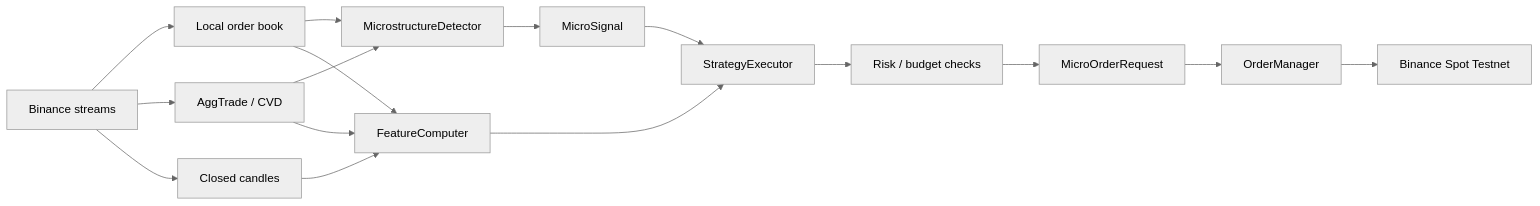
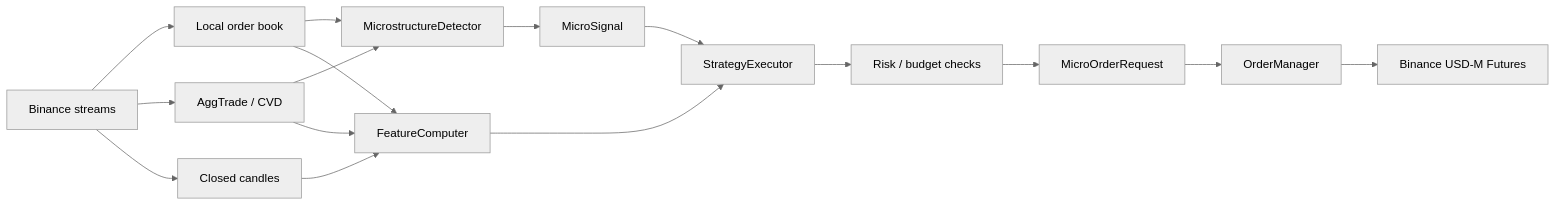
The second of 3 diagrams in documentation/strategy.md (changjulian17/QF635_project), drawn with Mermaid (neutral theme) before and after one commit. The commit also changed other lines of this file and 32 other files, not shown here.

````diff
--- a/documentation/strategy.md
+++ b/documentation/strategy.md
@@ -82,20 +82,20 @@
 ```mermaid
 flowchart LR
     EX[Binance streams] --> LOB[Local order book]
     EX --> TR[AggTrade / CVD]
     EX --> CND[Closed candles]
 
     LOB --> MS[MicrostructureDetector]
     TR --> MS
     LOB --> FC[FeatureComputer]
     CND --> FC
     TR --> FC
 
     MS --> SIG[MicroSignal]
     SIG --> EXEC[StrategyExecutor]
     FC --> EXEC
     EXEC --> RISK[Risk / budget checks]
     RISK --> OREQ[MicroOrderRequest]
     OREQ --> OM[OrderManager]
-    OM --> BN[Binance Spot Testnet]
+    OM --> BN[Binance USD-M Futures]
 ```
````
